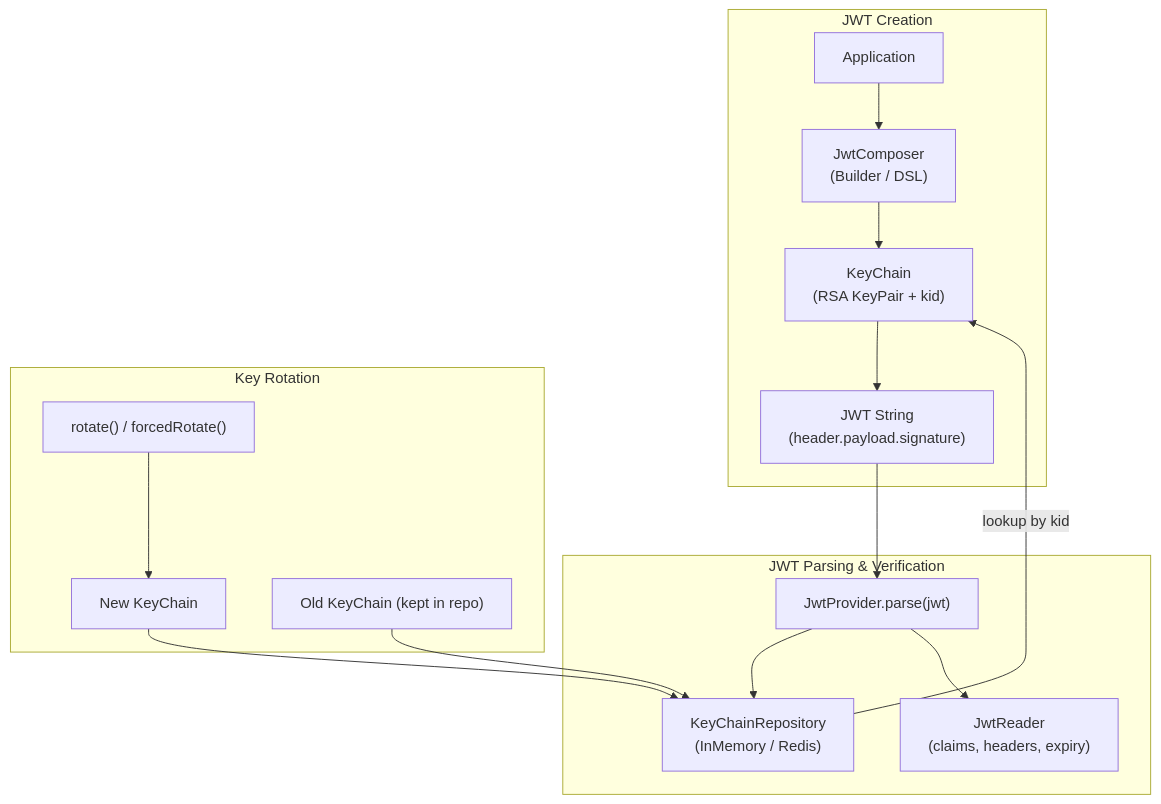
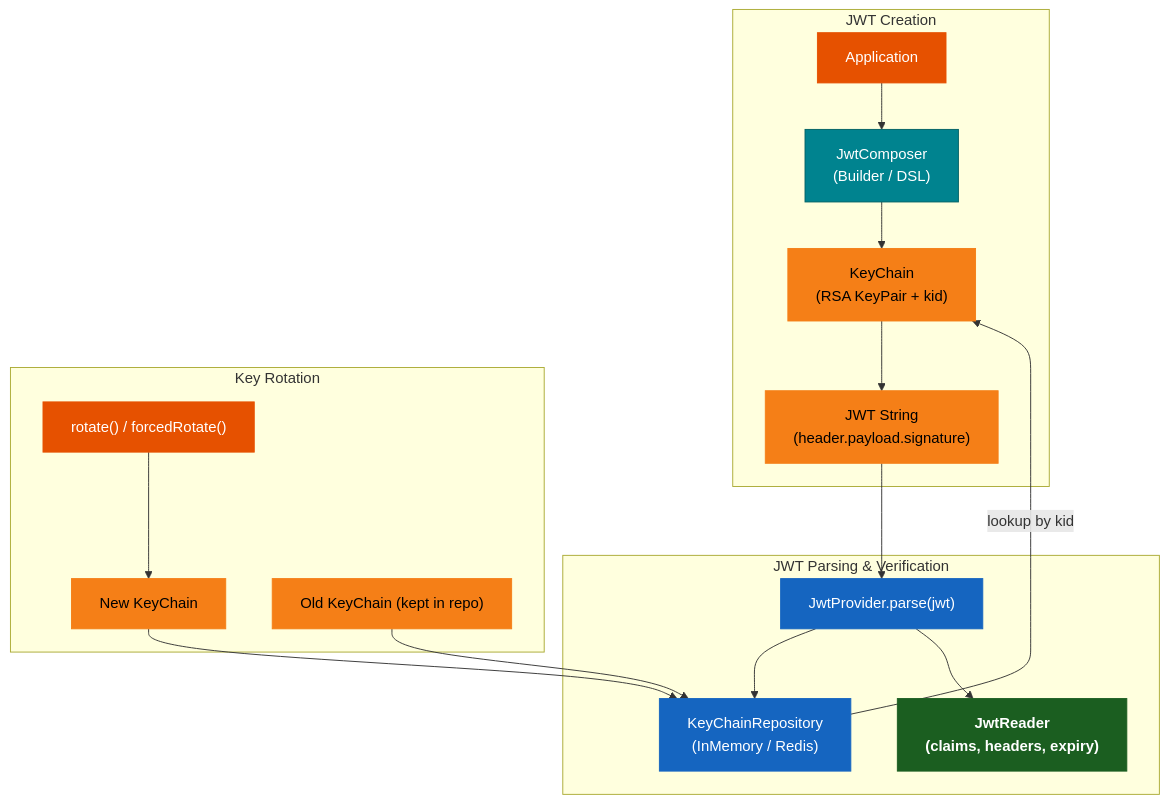
Before and after one commit to bluetape4k/bluetape4k-projects: the first of 2 diagrams in utils/jwt/README.md, drawn with Mermaid. The commit also changed other lines of this file and 221 other files, not shown here.

First line of the commit message:
docs: 전체 모듈 README UML 다이어그램 보강 및 색상 업그레이드

````diff
--- a/utils/jwt/README.md
+++ b/utils/jwt/README.md
@@ -11,34 +11,50 @@
 ```mermaid
 flowchart TD
     subgraph Create["JWT Creation"]
         APP["Application"]
         COMP["JwtComposer<br/>(Builder / DSL)"]
         KC["KeyChain<br/>(RSA KeyPair + kid)"]
         JWT_STR["JWT String<br/>(header.payload.signature)"]
     end
 
     subgraph Verify["JWT Parsing & Verification"]
         PARSE["JwtProvider.parse(jwt)"]
         REPO["KeyChainRepository<br/>(InMemory / Redis)"]
         READER["JwtReader<br/>(claims, headers, expiry)"]
     end
 
     subgraph Rotate["Key Rotation"]
         ROT["rotate() / forcedRotate()"]
         NEWKC["New KeyChain"]
         OLDKC["Old KeyChain (kept in repo)"]
     end
 
     APP --> COMP
     COMP --> KC
     KC --> JWT_STR
 
     JWT_STR --> PARSE
     PARSE --> REPO
     REPO -->|"lookup by kid"| KC
     PARSE --> READER
 
     ROT --> NEWKC
     NEWKC --> REPO
     OLDKC --> REPO
+
+    classDef coreStyle fill:#1B5E20,stroke:#1B5E20,color:#FFFFFF,font-weight:bold
+    classDef serviceStyle fill:#1565C0,stroke:#1565C0,color:#FFFFFF
+    classDef utilStyle fill:#E65100,stroke:#E65100,color:#FFFFFF
+    classDef asyncStyle fill:#6A1B9A,stroke:#6A1B9A,color:#FFFFFF
+    classDef extStyle fill:#37474F,stroke:#37474F,color:#FFFFFF
+    classDef dataStyle fill:#F57F17,stroke:#F57F17,color:#000000
+    classDef dslStyle fill:#00838F,stroke:#006064,color:#FFFFFF
+
+    class APP utilStyle
+    class COMP dslStyle
+    class KC,NEWKC,OLDKC dataStyle
+    class JWT_STR dataStyle
+    class PARSE,REPO serviceStyle
+    class READER coreStyle
+    class ROT utilStyle
 ```
````
